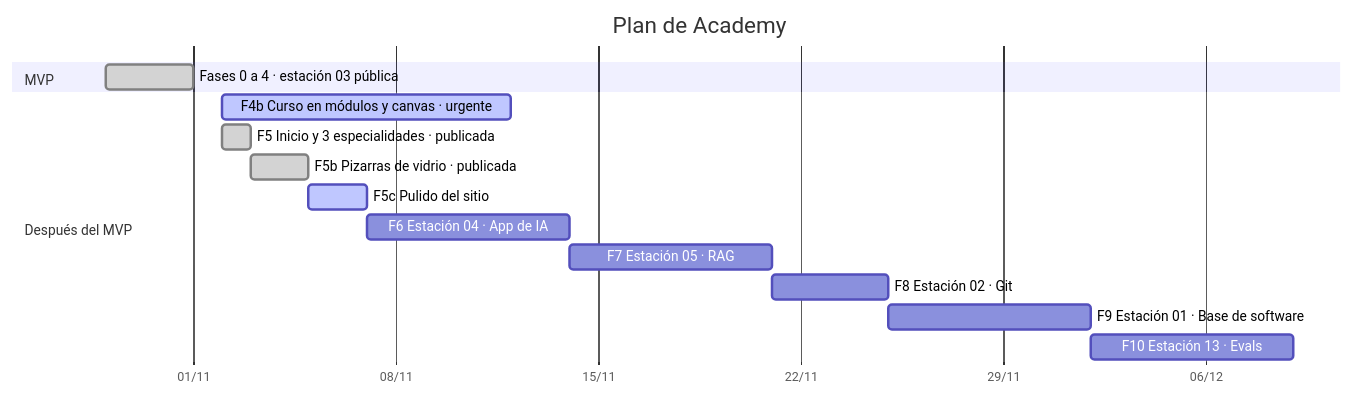
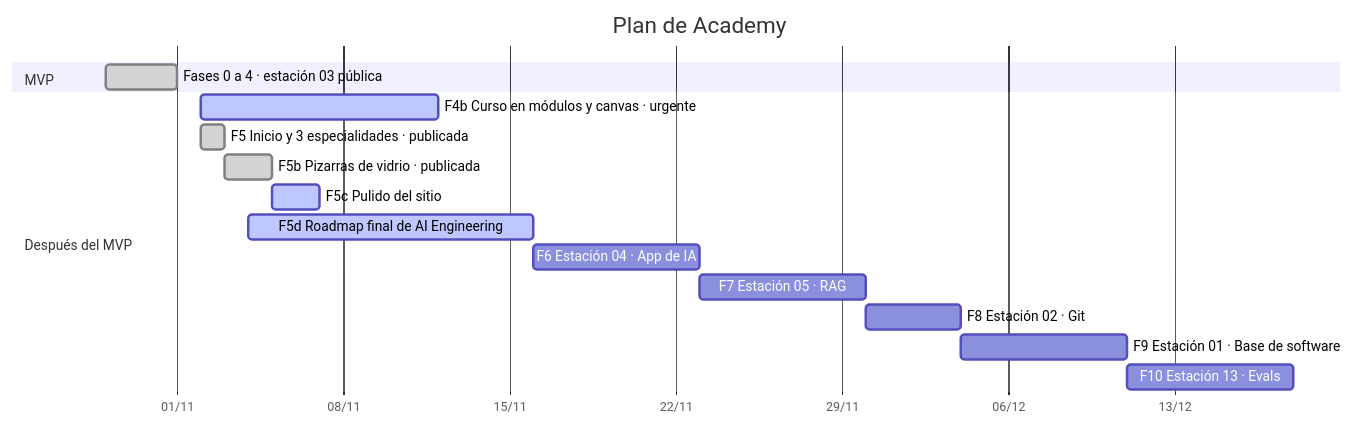
The diagram in AVANCE.md (francoSW99/Academy), drawn with Mermaid before and after one commit. The commit also changed other lines of this file and 66 other files, not shown here.

````diff
--- a/AVANCE.md
+++ b/AVANCE.md
@@ -60,18 +66,19 @@
 ```mermaid
 gantt
     title Plan de Academy
     dateFormat YYYY-MM-DD
     axisFormat %d/%m
     section MVP
     Fases 0 a 4 · estación 03 pública :done, mvp, 2026-10-29, 2026-11-01
     section Después del MVP
     F4b Curso en módulos y canvas · urgente :active, f4b, 2026-11-02, 10d
     F5 Inicio y 3 especialidades · publicada :done, f5, 2026-11-02, 1d
     F5b Pizarras de vidrio · publicada :done, f5b, after f5, 2d
     F5c Pulido del sitio :active, f5c, after f5b, 2d
-    F6 Estación 04 · App de IA :f6, after f5c, 7d
+    F5d Roadmap final de AI Engineering :active, f5d, 2026-11-04, 12d
+    F6 Estación 04 · App de IA :f6, after f5d, 7d
     F7 Estación 05 · RAG :f7, after f6, 7d
     F8 Estación 02 · Git :f8, after f7, 4d
     F9 Estación 01 · Base de software :f9, after f8, 7d
     F10 Estación 13 · Evals :f10, after f9, 7d
 ```
````
